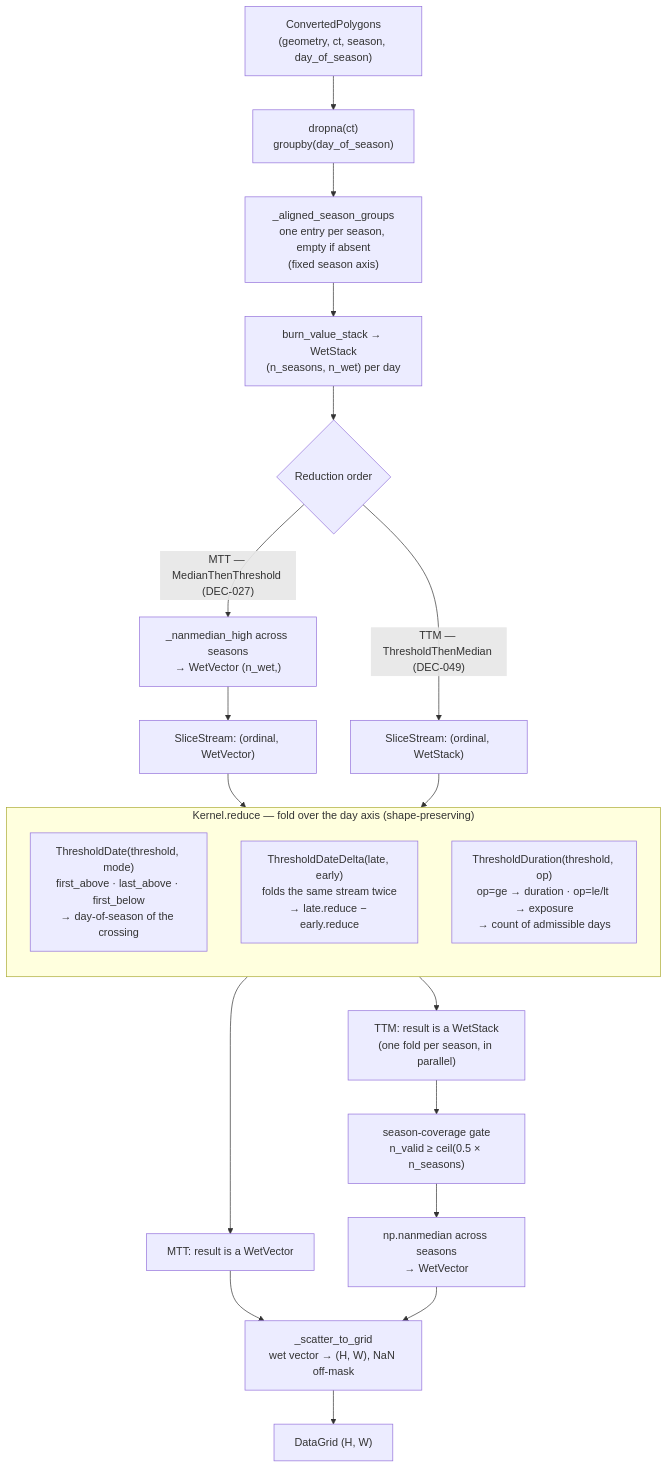
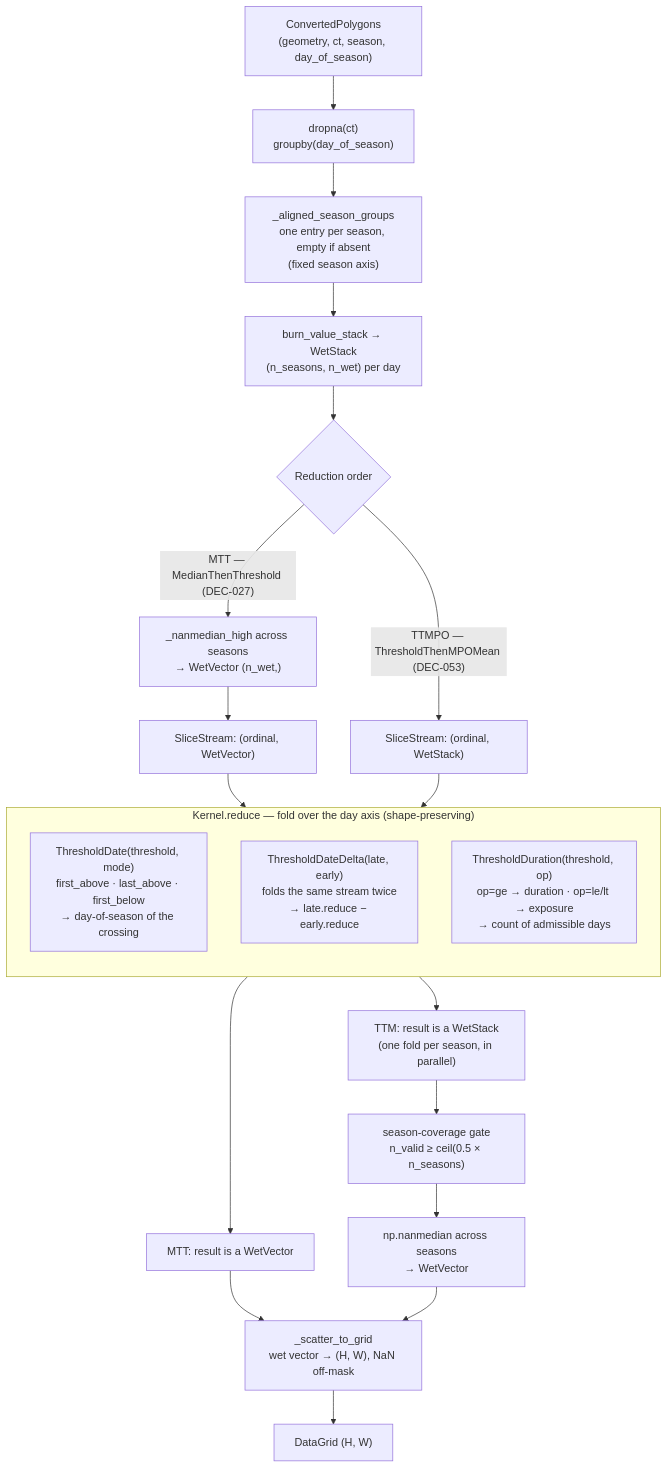
One commit to eliedl/ice-clim changed the first of 2 diagrams in climatology/README.md. Above: the diagram before and after it, drawn with Mermaid. The commit also changed other lines of this file and 6 other files, not shown here.

````diff
--- a/climatology/README.md
+++ b/climatology/README.md
@@ -24,33 +24,33 @@
 ```mermaid
 flowchart TD
     DF["ConvertedPolygons<br/>(geometry, ct, season, day_of_season)"] --> DROP["dropna(ct)<br/>groupby(day_of_season)"]
     DROP --> ALIGN["_aligned_season_groups<br/>one entry per season, empty if absent<br/>(fixed season axis)"]
     ALIGN --> BURN["burn_value_stack → WetStack<br/>(n_seasons, n_wet) per day"]
 
     BURN --> ORDER{"Reduction order"}
 
     ORDER -->|"MTT — MedianThenThreshold (DEC-027)"| MED1["_nanmedian_high across seasons<br/>→ WetVector (n_wet,)"]
     MED1 --> STREAM_M["SliceStream: (ordinal, WetVector)"]
 
-    ORDER -->|"TTM — ThresholdThenMedian (DEC-049)"| STREAM_T["SliceStream: (ordinal, WetStack)"]
+    ORDER -->|"TTMPO — ThresholdThenMPOMean (DEC-053)"| STREAM_T["SliceStream: (ordinal, WetStack)"]
 
     STREAM_M --> K
     STREAM_T --> K
 
     subgraph K["Kernel.reduce — fold over the day axis (shape-preserving)"]
         direction TB
         KA["ThresholdDate(threshold, mode)<br/>first_above · last_above · first_below<br/>→ day-of-season of the crossing"]
         KB["ThresholdDateDelta(late, early)<br/>folds the same stream twice<br/>→ late.reduce − early.reduce"]
         KC["ThresholdDuration(threshold, op)<br/>op=ge → duration · op=le/lt → exposure<br/>→ count of admissible days"]
     end
 
     K --> OUT_M["MTT: result is a WetVector"]
     K --> OUT_T["TTM: result is a WetStack<br/>(one fold per season, in parallel)"]
 
     OUT_T --> COV["season-coverage gate<br/>n_valid ≥ ceil(0.5 × n_seasons)"]
     COV --> MED2["np.nanmedian across seasons<br/>→ WetVector"]
 
     OUT_M --> SCAT["_scatter_to_grid<br/>wet vector → (H, W), NaN off-mask"]
     MED2 --> SCAT
     SCAT --> GRID["DataGrid (H, W)"]
 ```
````
